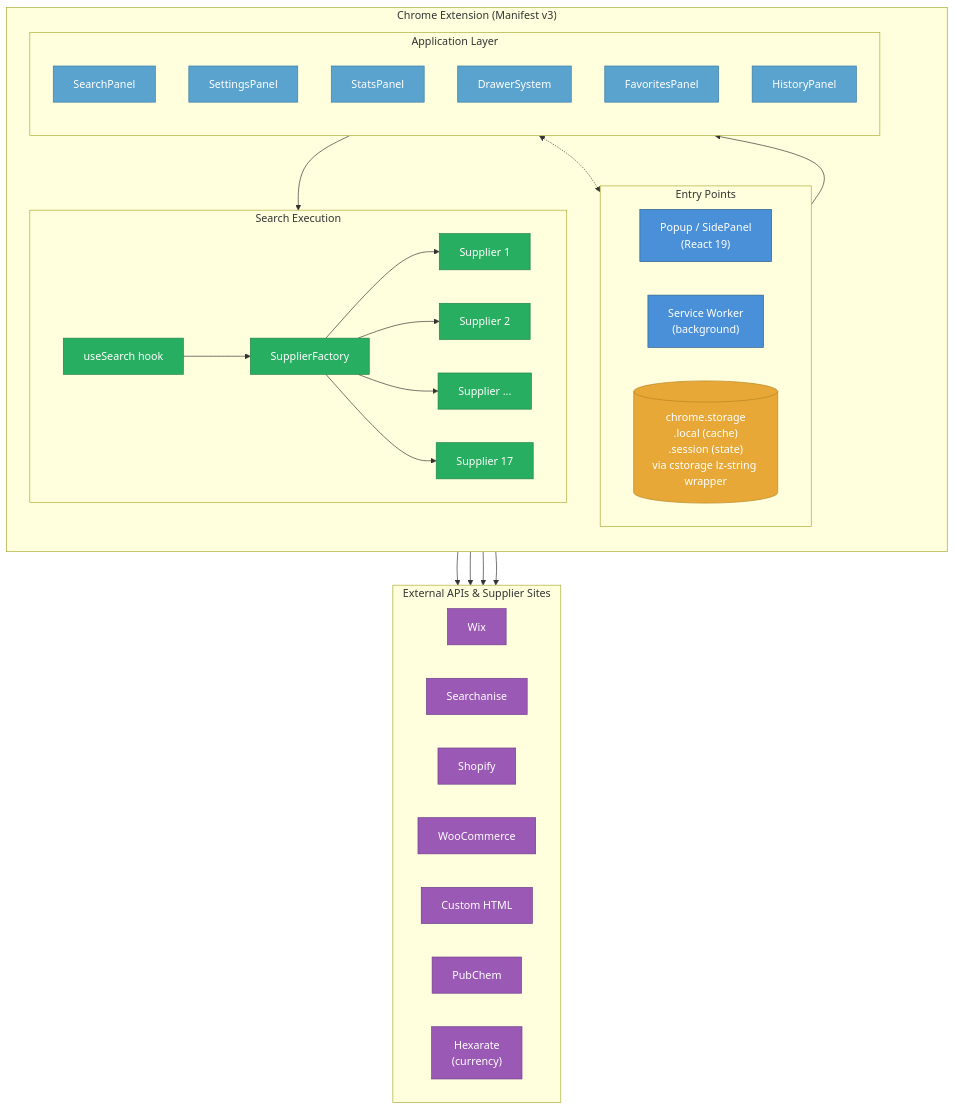
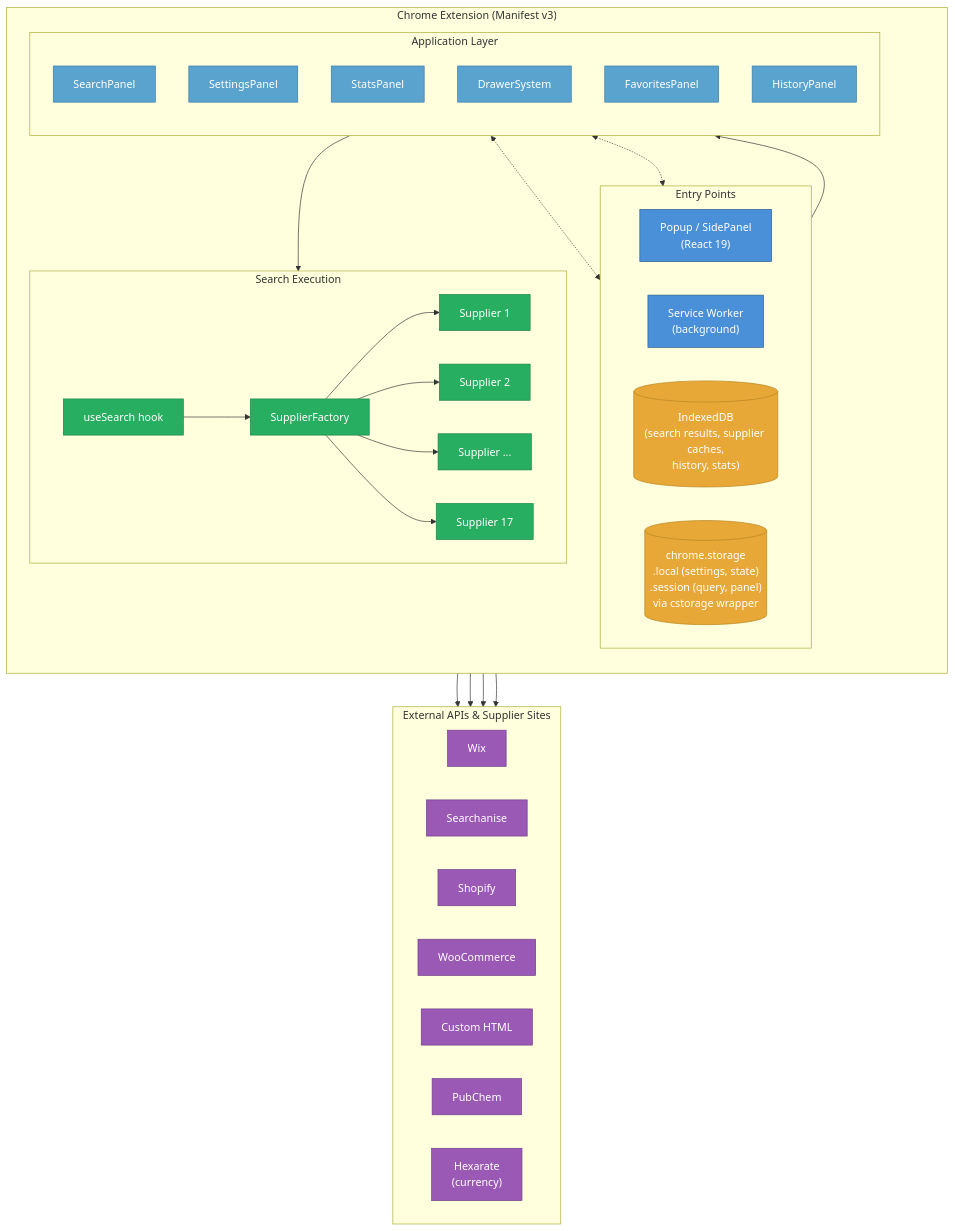
The diagram in wiki_files/Architecture-Overview.md (jhyland87/chem-pal), drawn with Mermaid before and after one commit. The commit also changed other lines of this file and 5 other files, not shown here.

````diff
--- a/wiki_files/Architecture-Overview.md
+++ b/wiki_files/Architecture-Overview.md
@@ -7,63 +7,65 @@
 ```mermaid
 flowchart TB
 subgraph Extension["Chrome Extension (Manifest v3)"]
 direction TB
 
 subgraph EntryPoints["Entry Points"]
 direction LR
 POPUP["Popup / SidePanel\n(React 19)"]
 SW["Service Worker\n(background)"]
-STORAGE[("chrome.storage\n.local (cache)\n.session (state)\nvia cstorage lz-string wrapper")]
+IDB[("IndexedDB\n(search results, supplier caches,\nhistory, stats)")]
+STORAGE[("chrome.storage\n.local (settings, state)\n.session (query, panel)\nvia cstorage wrapper")]
 end
 
 subgraph AppLayer["Application Layer"]
 direction TB
 SEARCH["SearchPanel"]
 SETTINGS["SettingsPanel"]
 STATS["StatsPanel"]
 DRAWER["DrawerSystem"]
 FAVS["FavoritesPanel"]
 HISTORY["HistoryPanel"]
 end
 
 subgraph SearchExec["Search Execution"]
 direction LR
 HOOK["useSearch hook"]
 FACTORY["SupplierFactory"]
 S1["Supplier 1"]
 S2["Supplier 2"]
 S3["Supplier ..."]
 SN["Supplier 17"]
 FACTORY --> S1 & S2 & S3 & SN
 end
 
 POPUP --> AppLayer
 SEARCH --> HOOK --> FACTORY
+AppLayer <-.-> IDB
 AppLayer <-.-> STORAGE
 end
 
 subgraph External["External APIs & Supplier Sites"]
 direction LR
 WIX["Wix"]
 SEARCHANISE["Searchanise"]
 SHOPIFY["Shopify"]
 WOO["WooCommerce"]
 CUSTOM["Custom HTML"]
 PUBCHEM["PubChem"]
 HEXARATE["Hexarate\n(currency)"]
 end
 
 S1 & S2 & S3 & SN --> External
 
 classDef entry fill:#4A90D9,stroke:#2C5F8A,color:#fff
 classDef app fill:#5BA3CF,stroke:#3A7CA5,color:#fff
 classDef exec fill:#27AE60,stroke:#1E8449,color:#fff
 classDef storage fill:#E8A838,stroke:#B8841F,color:#fff
 classDef external fill:#9B59B6,stroke:#6F3D8A,color:#fff
 
 class POPUP,SW entry
 class SEARCH,SETTINGS,STATS,DRAWER,FAVS,HISTORY app
 class HOOK,FACTORY,S1,S2,S3,SN exec
-class STORAGE storage
+class IDB,STORAGE storage
 class WIX,SEARCHANISE,SHOPIFY,WOO,CUSTOM,PUBCHEM,HEXARATE external
 ```
````
